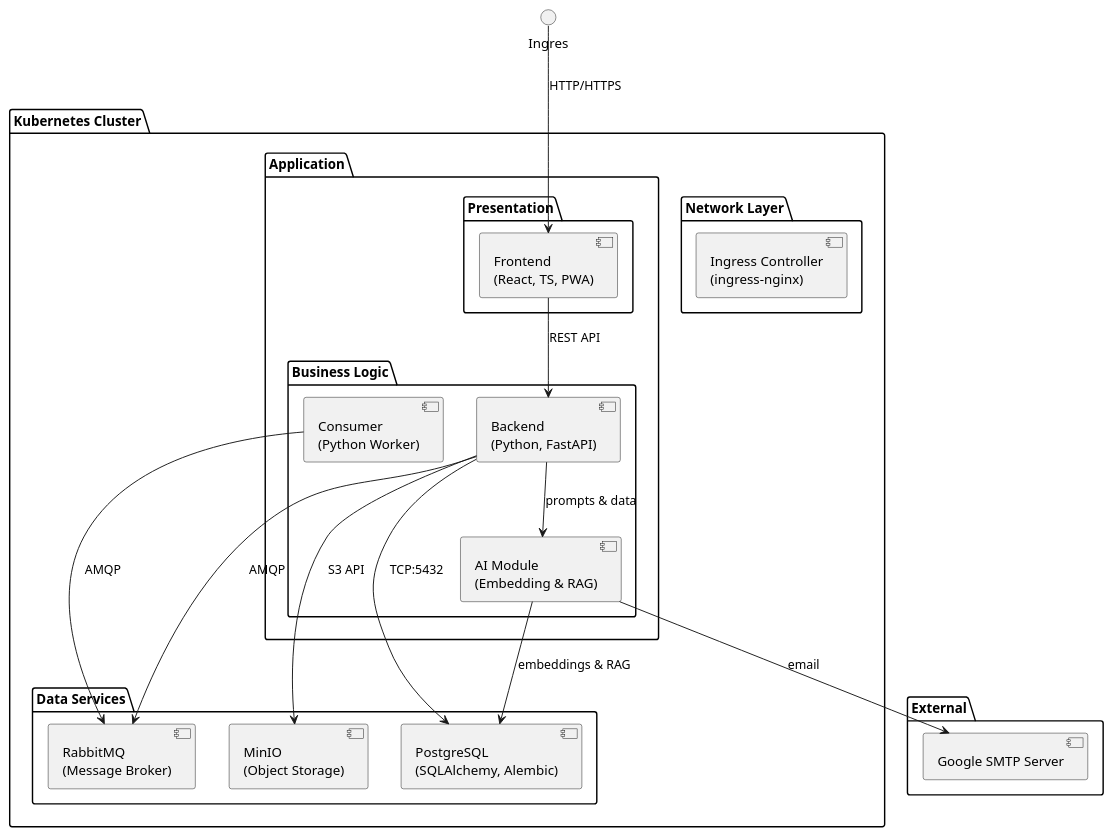
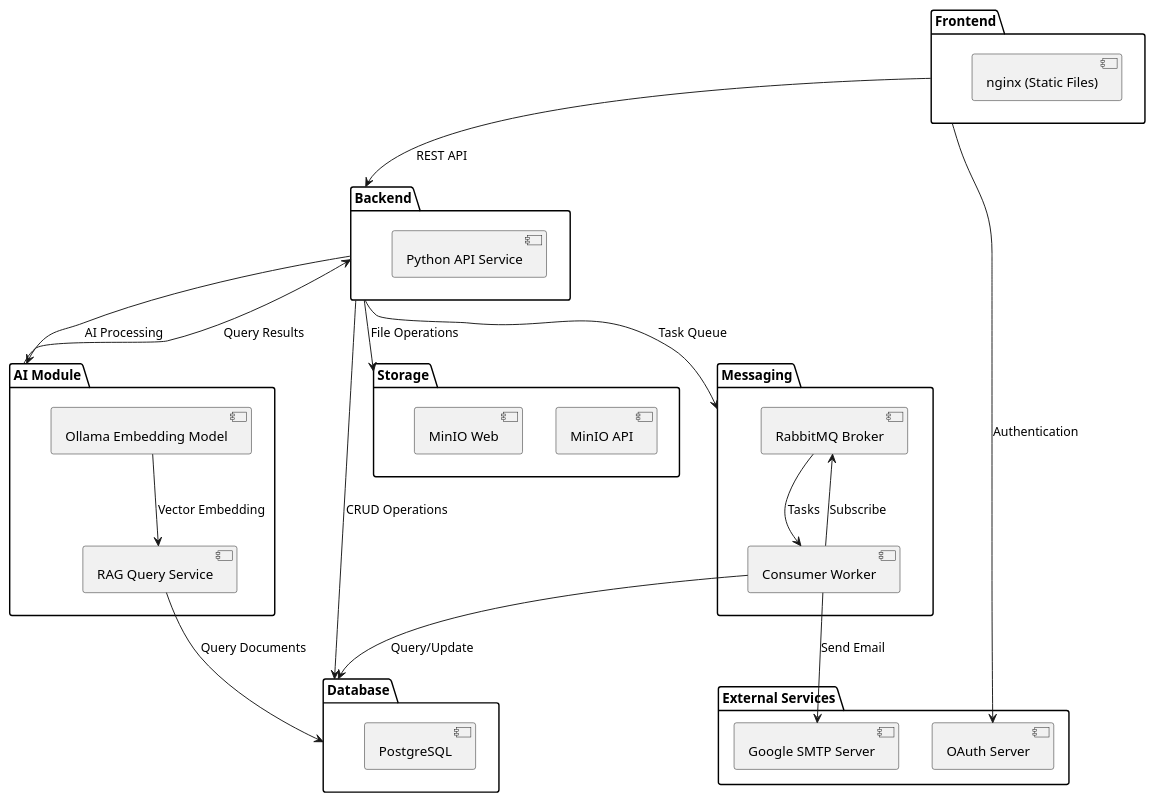
One commit to walle45611/NTUB_SecuManag_Diagram changed the diagram in plantUML/package/package.puml. Above: the diagram before and after it, drawn with PlantUML.

Commit message:
(modify): 套件圖調整

```diff
--- a/plantUML/package/package.puml
+++ b/plantUML/package/package.puml
@@ -1,41 +1,52 @@
 @startuml
 
-package "Kubernetes Cluster" {
-
-  package "Network Layer" {
-    [Ingress Controller\n(ingress-nginx)] as Ingress
-  }
-
-  package "Application" {
-    package "Presentation" {
-      [Frontend\n(React, TS, PWA)] as Frontend
-    }
-    package "Business Logic" {
-      [Backend\n(Python, FastAPI)] as Backend
-      [Consumer\n(Python Worker)] as Consumer
-      [AI Module\n(Embedding & RAG)] as AIModule
-    }
-  }
-
-  package "Data Services" {
-    [RabbitMQ\n(Message Broker)] as RabbitMQ
-    [MinIO\n(Object Storage)] as MinIO
-    [PostgreSQL\n(SQLAlchemy, Alembic)] as Database
-  }
+package "Frontend" {
+  [nginx (Static Files)]
 }
 
-package "External" {
-  [Google SMTP Server] as SMTP
+package "Backend" {
+  [Python API Service]
 }
 
-' Define dependencies between packages
-Ingres-->Frontend : HTTP/HTTPS
-Frontend-->Backend : REST API
-Backend-->RabbitMQ : AMQP
-Consumer-->RabbitMQ : AMQP
-Backend-->MinIO : S3 API
-Backend-->Database : TCP:5432
-Backend-->AIModule : prompts & data
-AIModule-->Database : embeddings & RAG
-AIModule-->SMTP : email
+package "Messaging" {
+  [RabbitMQ Broker]
+  [Consumer Worker]
+}
+
+package "AI Module" {
+  [Ollama Embedding Model]
+  [RAG Query Service]
+}
+
+package "Database" {
+  [PostgreSQL]
+}
+
+package "Storage" {
+  [MinIO API]
+  [MinIO Web]
+}
+
+package "External Services" {
+  [Google SMTP Server]
+  [OAuth Server]
+}
+
+
+Frontend --> Backend : REST API
+Frontend --> "OAuth Server" : Authentication
+Backend --> Messaging : Task Queue
+Backend --> Storage : File Operations
+Backend --> Database : CRUD Operations
+Backend --> "AI Module" : AI Processing
+
+
+"Ollama Embedding Model" --> "RAG Query Service" : Vector Embedding
+"Consumer Worker" --> "RabbitMQ Broker" : Subscribe
+"RabbitMQ Broker" --> "Consumer Worker" : Tasks
+"Consumer Worker" --> Database : Query/Update
+"Consumer Worker" --> "Google SMTP Server" : Send Email
+"RAG Query Service" --> Database : Query Documents
+"AI Module" --> Backend : Query Results
+
 @enduml
```
